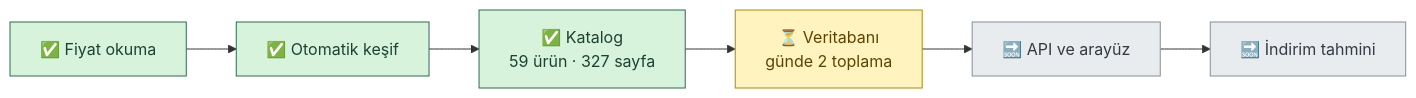
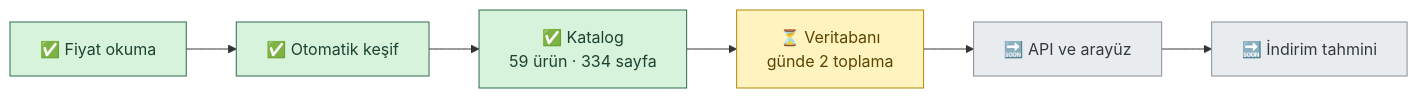
One commit to Emir-Ars/Urun-indirim-takip changed the first of 4 diagrams in README.md. Above: the diagram before and after it, drawn with Mermaid. The commit also changed other lines of this file and 4 other files, not shown here.

````diff
--- a/README.md
+++ b/README.md
@@ -15,14 +15,14 @@
 ```mermaid
 flowchart LR
     A["✅ Fiyat okuma"] --> B["✅ Otomatik keşif"]
-    B --> C["✅ Katalog<br/>59 ürün · 327 sayfa"]
+    B --> C["✅ Katalog<br/>59 ürün · 334 sayfa"]
     C --> D["⏳ Veritabanı<br/>günde 2 toplama"]
     D --> E["🔜 API ve arayüz"]
     E --> F["🔜 İndirim tahmini"]
     classDef done fill:#d8f3dc,stroke:#2d6a4f,color:#1b4332
     classDef next fill:#fff3bf,stroke:#b08900,color:#5c4400
     classDef todo fill:#e9ecef,stroke:#868e96,color:#343a40
     class A,B,C done
     class D next
     class E,F todo
 ```
````
